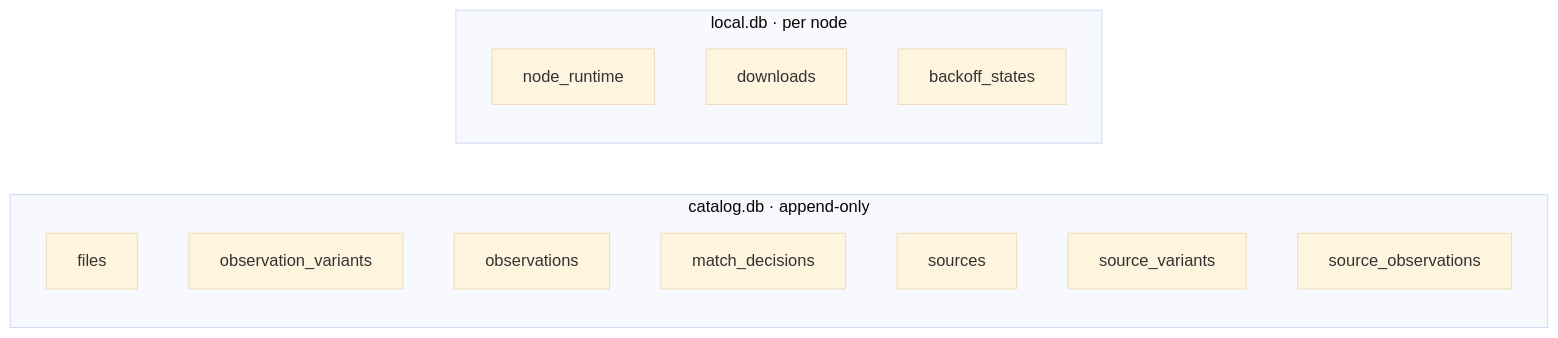
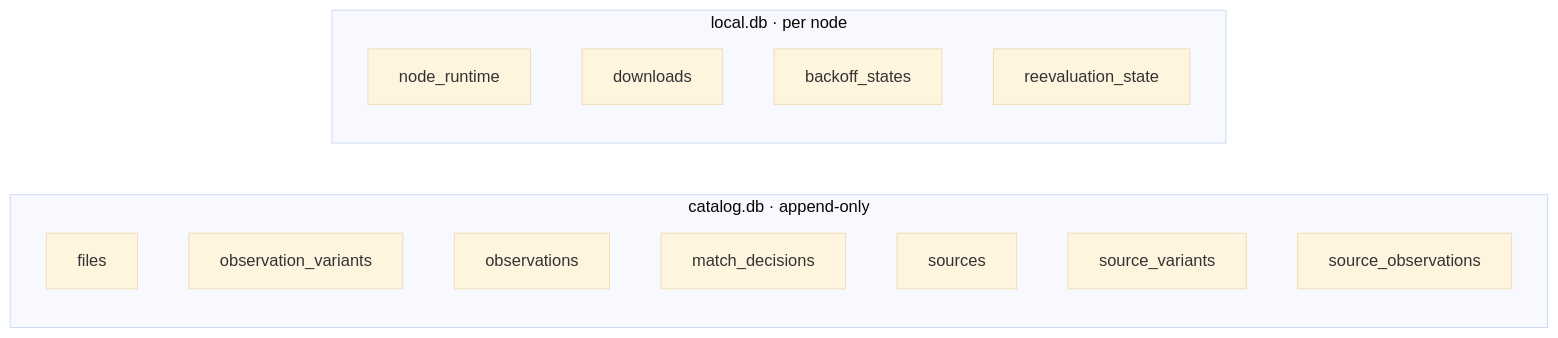
One commit to mission-titar/p2pwatch changed the ninth of 12 diagrams in docs/contributing/architecture.md. Above: the diagram before and after it, drawn with Mermaid (base theme). The commit also changed other lines of this file and 1 other file, not shown here.

Commit message:
docs: TID251 leaves asyncio's timeouts allowed, and local.db lists reevaluation_state

````diff
--- a/docs/contributing/architecture.md
+++ b/docs/contributing/architecture.md
@@ -385,17 +385,18 @@
 ```mermaid
 flowchart LR
   subgraph cat["catalog.db · append-only"]
     f["files"]
     ov["observation_variants"]
     o["observations"]
     md["match_decisions"]
     s["sources"]
     sv["source_variants"]
     so["source_observations"]
   end
   subgraph loc["local.db · per node"]
     nr["node_runtime"]
     dl["downloads"]
     bs["backoff_states"]
+    rs["reevaluation_state"]
   end
 ```
````
